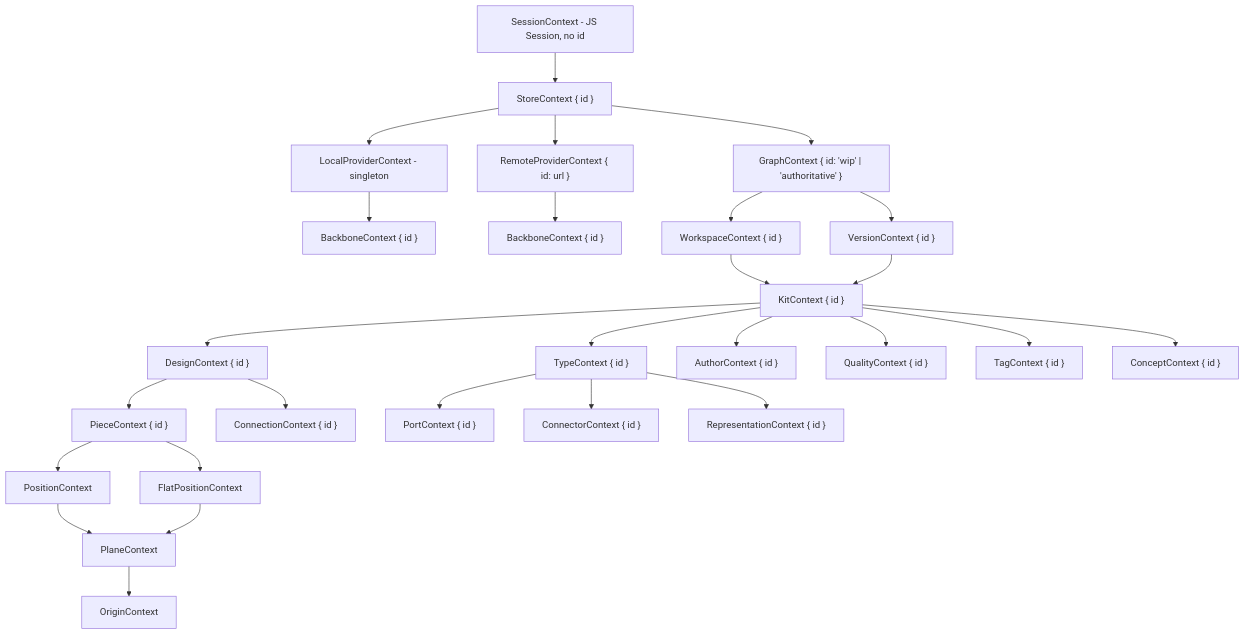
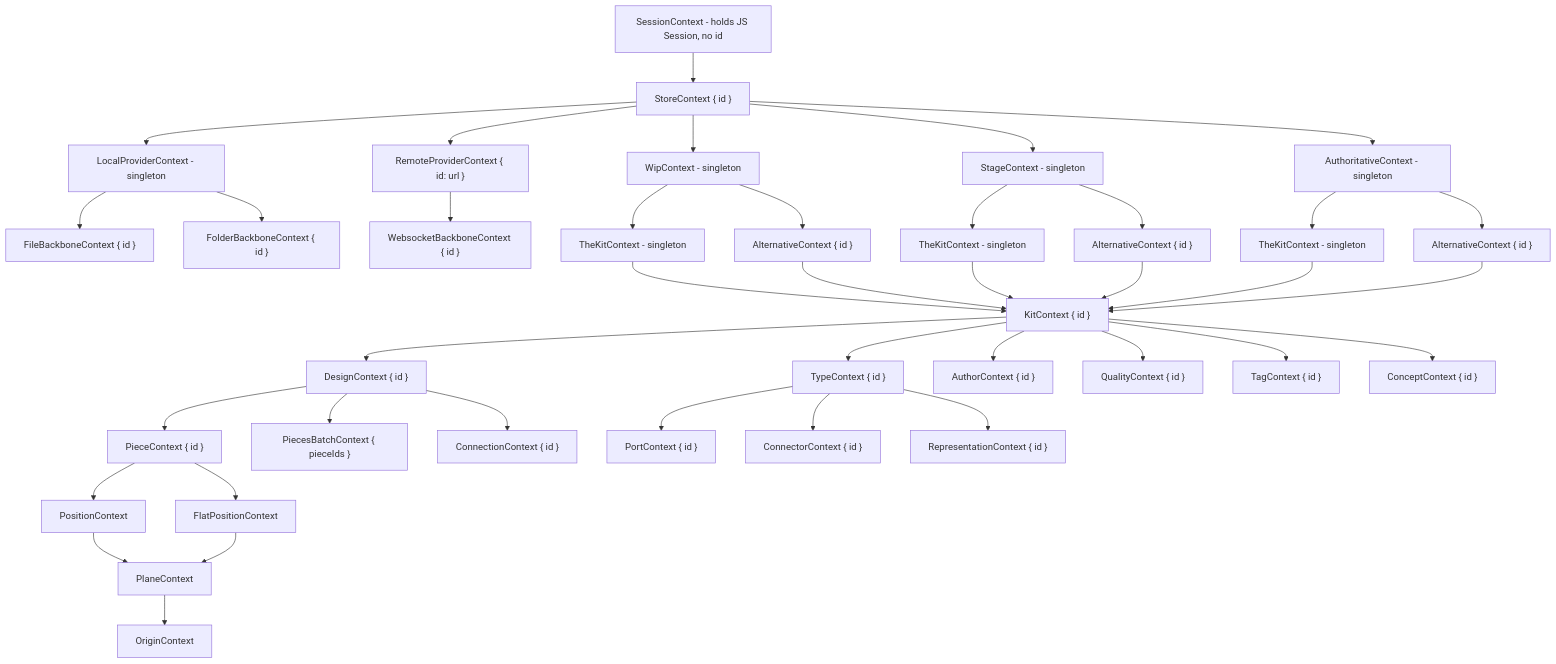
The second of 2 diagrams in .cursor/plans/refactor-react-composable-contexts_ec8b0106.plan.md (usalu/semio), drawn with Mermaid before and after one commit. The commit also changed other lines of this file, not shown here.

````diff
--- a/.cursor/plans/refactor-react-composable-contexts_ec8b0106.plan.md
+++ b/.cursor/plans/refactor-react-composable-contexts_ec8b0106.plan.md
@@ -41,30 +72,42 @@
 ```mermaid
 graph TD
-  Session[SessionContext - JS Session, no id]
+  Session[SessionContext - holds JS Session, no id]
   Session --> Store["StoreContext { id }"]
   Store --> LocalProv[LocalProviderContext - singleton]
   Store --> RemoteProv["RemoteProviderContext { id: url }"]
-  LocalProv --> Backbone1["BackboneContext { id }"]
-  RemoteProv --> Backbone2["BackboneContext { id }"]
-  Store --> Graph["GraphContext { id: 'wip' | 'authoritative' }"]
-  Graph --> Workspace["WorkspaceContext { id }"]
-  Workspace --> Kit["KitContext { id }"]
-  Graph --> Version["VersionContext { id }"]
-  Version --> Kit
+  LocalProv --> FileBb1["FileBackboneContext { id }"]
+  LocalProv --> FolderBb1["FolderBackboneContext { id }"]
+  RemoteProv --> WsBb2["WebsocketBackboneContext { id }"]
+  Store --> Wip[WipContext - singleton]
+  Store --> Stage[StageContext - singleton]
+  Store --> Authoritative[AuthoritativeContext - singleton]
+  Wip --> TheKit1[TheKitContext - singleton]
+  Wip --> Alternative1["AlternativeContext { id }"]
+  Stage --> TheKit2[TheKitContext - singleton]
+  Stage --> Alternative2["AlternativeContext { id }"]
+  Authoritative --> TheKit3[TheKitContext - singleton]
+  Authoritative --> Alternative3["AlternativeContext { id }"]
+  TheKit1 --> Kit["KitContext { id }"]
+  Alternative1 --> Kit
+  TheKit2 --> Kit
+  Alternative2 --> Kit
+  TheKit3 --> Kit
+  Alternative3 --> Kit
   Kit --> Design["DesignContext { id }"]
   Kit --> Type["TypeContext { id }"]
   Kit --> Author["AuthorContext { id }"]
   Kit --> Quality["QualityContext { id }"]
   Kit --> Tag["TagContext { id }"]
   Kit --> Concept["ConceptContext { id }"]
   Design --> Piece["PieceContext { id }"]
+  Design --> PiecesBatch["PiecesBatchContext { pieceIds }"]
   Design --> Connection["ConnectionContext { id }"]
   Type --> Port["PortContext { id }"]
   Type --> Connector["ConnectorContext { id }"]
   Type --> Representation["RepresentationContext { id }"]
   Piece --> Position[PositionContext]
   Piece --> FlatPosition[FlatPositionContext]
   Position --> Plane[PlaneContext]
   FlatPosition --> Plane
   Plane --> Origin[OriginContext]
 ```
````
